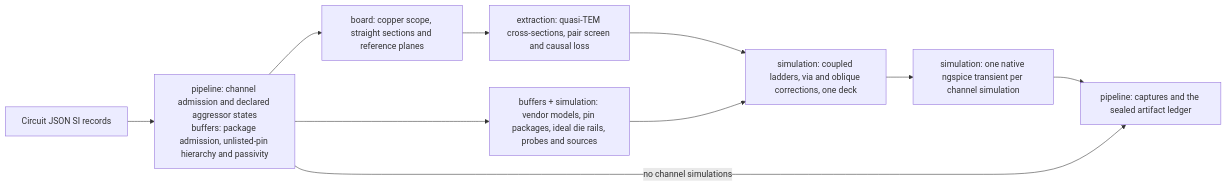
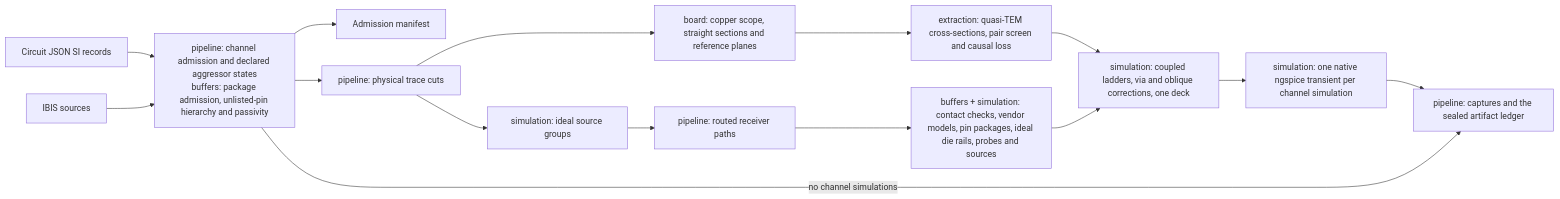
The first of 5 diagrams in docs/ARCHITECTURE.md (draarivpatel-ui/signal-integrity-pipeline), drawn with Mermaid before and after one commit. The commit also changed 1 other file, not shown here.

Commit message:
docs: show admission outputs in the routed pipeline flow

````diff
--- a/docs/ARCHITECTURE.md
+++ b/docs/ARCHITECTURE.md
@@ -23,12 +23,17 @@
 ```mermaid
 flowchart LR
   source["Circuit JSON SI records"] --> admit["pipeline: channel admission and declared aggressor states<br/>buffers: package admission, unlisted-pin hierarchy and passivity"]
-  admit --> sections["board: copper scope, straight sections and reference planes"]
+  modelSources["IBIS sources"] --> admit
+  admit --> manifest["Admission manifest"]
+  admit --> cuts["pipeline: physical trace cuts"]
+  cuts --> sections["board: copper scope, straight sections and reference planes"]
+  cuts --> groups["simulation: ideal source groups"]
+  groups --> receiverPaths["pipeline: routed receiver paths"]
   sections --> fields["extraction: quasi-TEM cross-sections, pair screen and causal loss"]
-  admit --> bindings["buffers + simulation: vendor models, pin packages, ideal die rails, probes and sources"]
+  receiverPaths --> bindings["buffers + simulation: contact checks, vendor models, pin packages, ideal die rails, probes and sources"]
   fields --> network["simulation: coupled ladders, via and oblique corrections, one deck"]
   bindings --> network
   network --> transient["simulation: one native ngspice transient per channel simulation"]
   transient --> output["pipeline: captures and the sealed artifact ledger"]
   admit -->|"no channel simulations"| output
 ```
````
